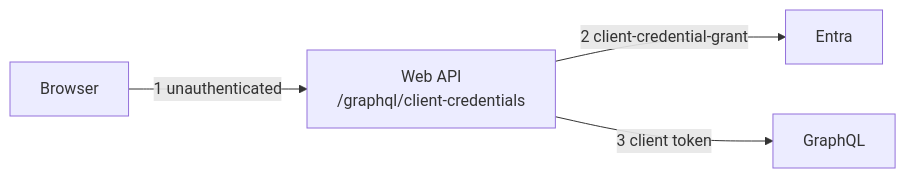
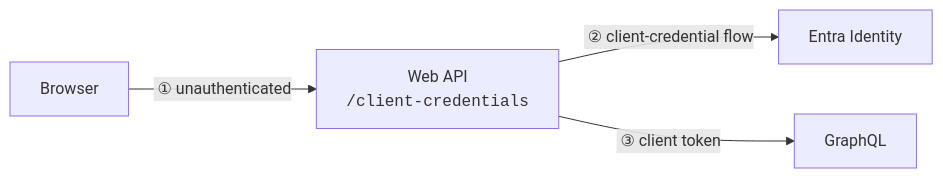
One commit to brentellingson/entra-playground changed the first of 2 diagrams in README.md. Above: the diagram before and after it, drawn with Mermaid. The commit also changed other lines of this file and 13 other files, not shown here.

````diff
--- a/README.md
+++ b/README.md
@@ -19,12 +19,12 @@
 ```mermaid
 flowchart LR
     Browser
     API["`Web API
-        /graphql/client-credentials`"]
-    Entra
+        <code>/client-credentials</code>`"]
+    Entra[Entra Identity]
     GraphQL
 
-    Browser -->|1 unauthenticated| API
-    API -->|2 client-credential-grant| Entra
-    API -->|3 client token| GraphQL
+    Browser -->|"&nbsp;① unauthenticated"| API
+    API -->|"&nbsp;② client-credential flow"| Entra
+    API -->|"&nbsp;③ client token"| GraphQL
 ```
````
